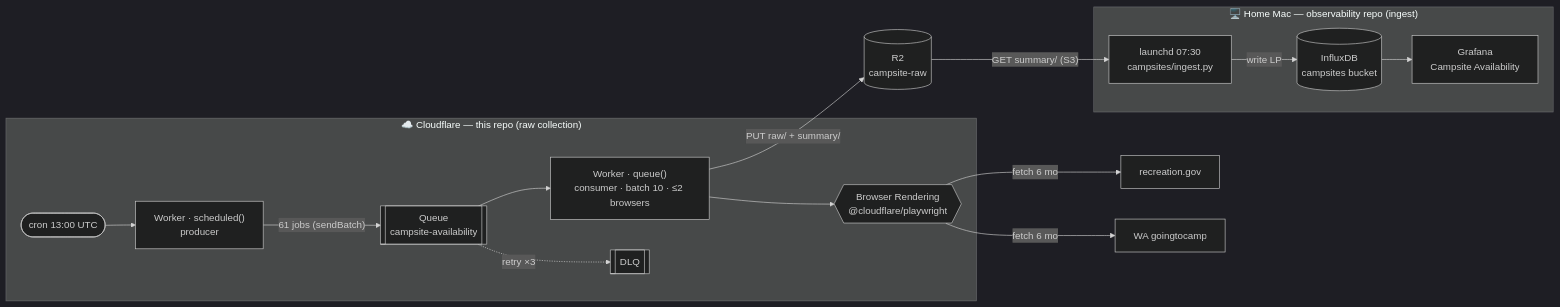
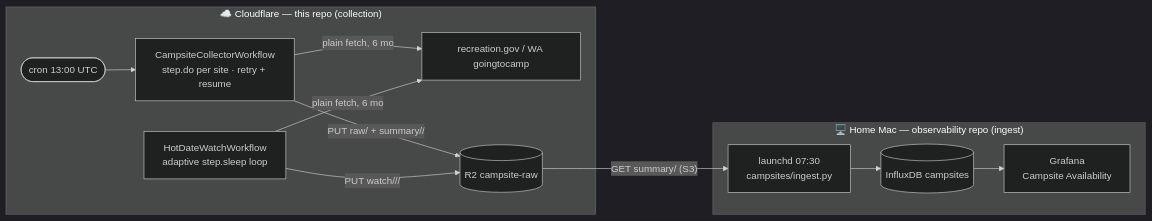
Before and after one commit to robogeosociety/robot-geographical-society: the first of 3 diagrams in backend/README.md, drawn with Mermaid (dark theme). The commit also changed other lines of this file and 5 other files, not shown here.

First line of the commit message:
Go all-in on Workflows: drop Queue + Browser Rendering/Playwright

````diff
--- a/backend/README.md
+++ b/backend/README.md
@@ -19,20 +22,14 @@
 ```mermaid
 flowchart LR
-  subgraph CF["☁️ Cloudflare — this repo (raw collection)"]
-    cron([cron 13:00 UTC]) --> prod["Worker · scheduled()<br/>producer"]
-    prod -->|"61 jobs (sendBatch)"| q[[Queue<br/>campsite-availability]]
-    q --> cons["Worker · queue()<br/>consumer · batch 10 · ≤2 browsers"]
-    cons --> br{{"Browser Rendering<br/>@cloudflare/playwright"}}
-    q -. "retry ×3" .-> dlq[[DLQ]]
+  subgraph CF["☁️ Cloudflare — this repo (collection)"]
+    cron([cron 13:00 UTC]) --> wf["CampsiteCollectorWorkflow<br/>step.do per site · retry + resume"]
+    watch["HotDateWatchWorkflow<br/>adaptive step.sleep loop"]
+    wf & watch -->|plain fetch, 6 mo| src[recreation.gov / WA goingtocamp]
+    wf -->|"PUT raw/ + summary/<date>/<id>"| r2[("R2 campsite-raw")]
+    watch -->|"PUT watch/<date>/<id>/<ts>"| r2
   end
-  br -->|fetch 6 mo| rec[recreation.gov]
-  br -->|fetch 6 mo| wa[WA goingtocamp]
-  cons -->|"PUT raw/ + summary/"| r2[("R2<br/>campsite-raw")]
   subgraph MAC["🖥️ Home Mac — observability repo (ingest)"]
-    ingest["launchd 07:30<br/>campsites/ingest.py"]
-    influx[("InfluxDB<br/>campsites bucket")]
-    graf["Grafana<br/>Campsite Availability"]
-    ingest -->|write LP| influx --> graf
+    ingest["launchd 07:30<br/>campsites/ingest.py"] --> influx[("InfluxDB campsites")] --> graf["Grafana<br/>Campsite Availability"]
   end
   r2 -->|"GET summary/ (S3)"| ingest
 ```
````
